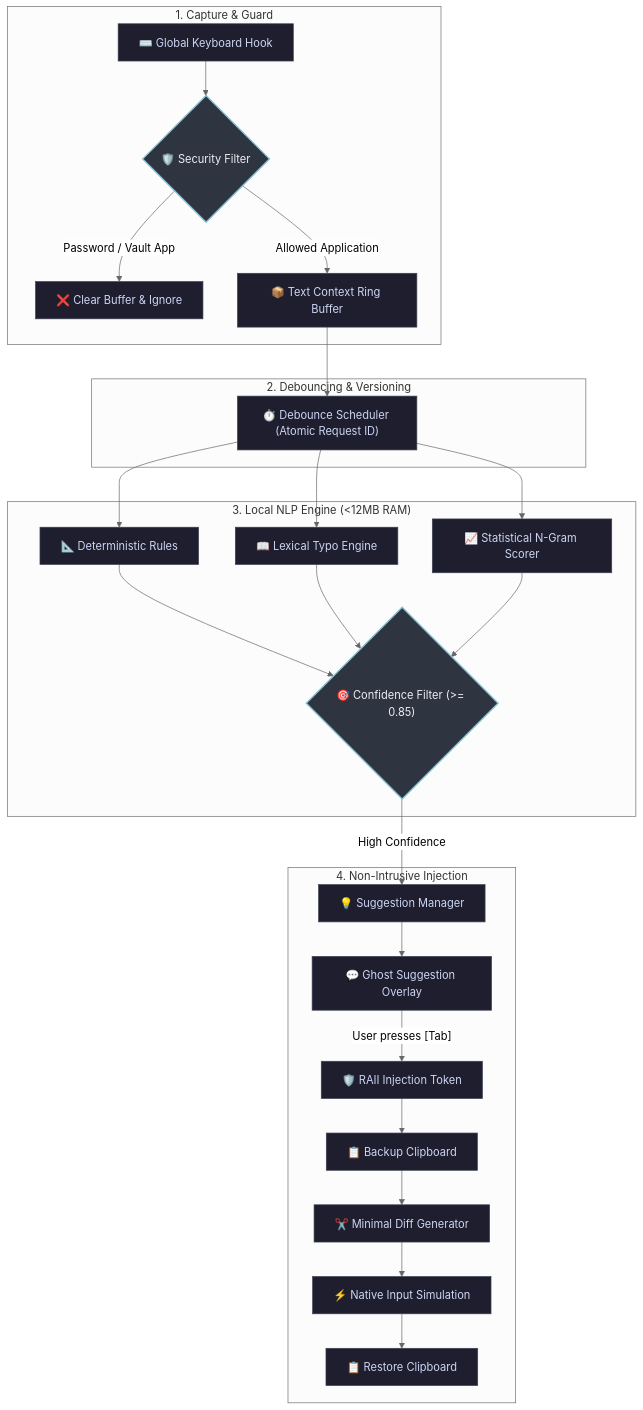
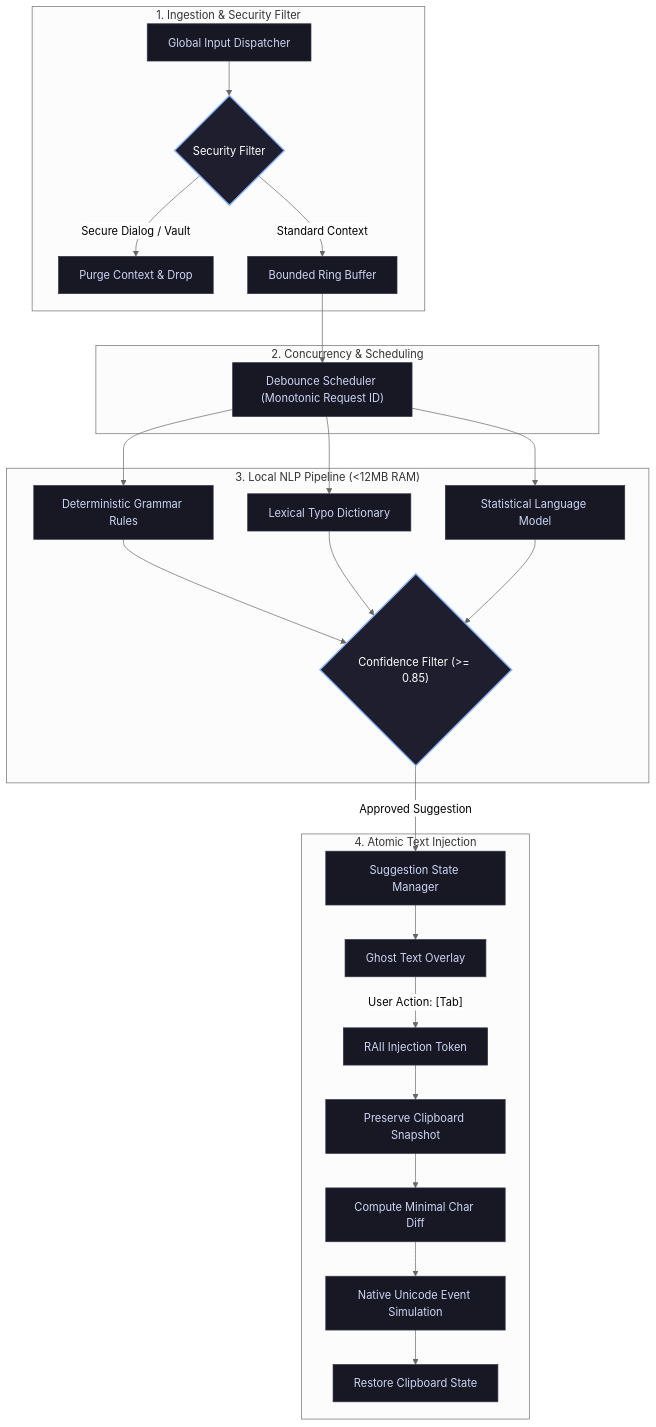
Before and after one commit to Jani-shiv/lexiflow: the diagram in README.md, drawn with Mermaid (neutral theme). The commit also changed other lines of this file, not shown here.

Commit message:
docs: elevate README to executive aesthetic standard with author showcase and activity analytics

````diff
--- a/README.md
+++ b/README.md
@@ -160,33 +155,33 @@
 ```mermaid
 flowchart TD
-    subgraph Capture [" 1. Capture & Guard "]
-        KB["⌨️ Global Keyboard Hook"] --> SEC{"🛡️ Security Filter"}
-        SEC -- "Password / Vault App" --> DROP["❌ Clear Buffer & Ignore"]
-        SEC -- "Allowed Application" --> BUF["📦 Text Context Ring Buffer"]
+    subgraph Layer1 [" 1. Ingestion & Security Filter "]
+        HOOK["Global Input Dispatcher"] --> FILTER{"Security Filter"}
+        FILTER -- "Secure Dialog / Vault" --> PURGE["Purge Context & Drop"]
+        FILTER -- "Standard Context" --> RING["Bounded Ring Buffer"]
     end
 
-    subgraph Scheduling [" 2. Debouncing & Versioning "]
-        BUF --> SCHED["⏱️ Debounce Scheduler (Atomic Request ID)"]
+    subgraph Layer2 [" 2. Concurrency & Scheduling "]
+        RING --> SCHED["Debounce Scheduler (Monotonic Request ID)"]
     end
 
-    subgraph Inference [" 3. Local NLP Engine (<12MB RAM) "]
-        SCHED --> RE["📐 Deterministic Rules"]
-        SCHED --> DIC["📖 Lexical Typo Engine"]
-        SCHED --> NGM["📈 Statistical N-Gram Scorer"]
-        RE & DIC & NGM --> CONF{"🎯 Confidence Filter (>= 0.85)"}
+    subgraph Layer3 [" 3. Local NLP Pipeline (<12MB RAM) "]
+        SCHED --> RULES["Deterministic Grammar Rules"]
+        SCHED --> DICT["Lexical Typo Dictionary"]
+        SCHED --> NGRAM["Statistical Language Model"]
+        RULES & DICT & NGRAM --> EVAL{"Confidence Filter (>= 0.85)"}
     end
 
-    subgraph Output [" 4. Non-Intrusive Injection "]
-        CONF -- "High Confidence" --> MGR["💡 Suggestion Manager"]
-        MGR --> UI["💬 Ghost Suggestion Overlay"]
-        UI -- "User presses [Tab]" --> GRD["🛡️ RAII Injection Token"]
-        GRD --> CLIP_B["📋 Backup Clipboard"]
-        CLIP_B --> DIFF["✂️ Minimal Diff Generator"]
-        DIFF --> SEND["⚡ Native Input Simulation"]
-        SEND --> CLIP_R["📋 Restore Clipboard"]
+    subgraph Layer4 [" 4. Atomic Text Injection "]
+        EVAL -- "Approved Suggestion" --> STATE["Suggestion State Manager"]
+        STATE --> GHOST["Ghost Text Overlay"]
+        GHOST -- "User Action: [Tab]" --> TOKEN["RAII Injection Token"]
+        TOKEN --> SNAP["Preserve Clipboard Snapshot"]
+        SNAP --> DIFF["Compute Minimal Char Diff"]
+        DIFF --> EMIT["Native Unicode Event Simulation"]
+        EMIT --> RESTORE["Restore Clipboard State"]
     end
 
-    classDef default fill:#1e1e2e,stroke:#3b4252,stroke-width:1px,color:#cdd6f4;
-    classDef highlight fill:#2e3440,stroke:#88c0d0,stroke-width:2px,color:#eceff4;
-    class CONF,SEC highlight;
+    classDef default fill:#181825,stroke:#313244,stroke-width:1px,color:#cdd6f4;
+    classDef highlight fill:#1e1e2e,stroke:#89b4fa,stroke-width:2px,color:#ffffff;
+    class EVAL,FILTER highlight;
 ```
````
